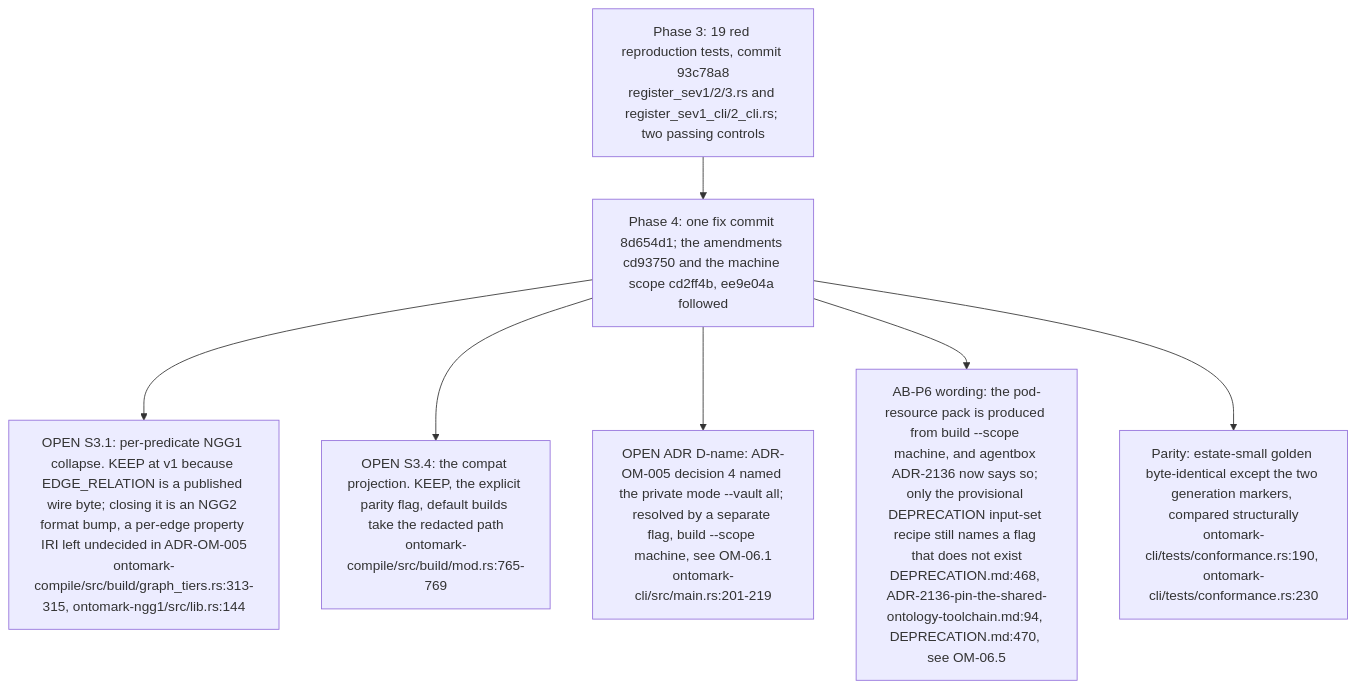
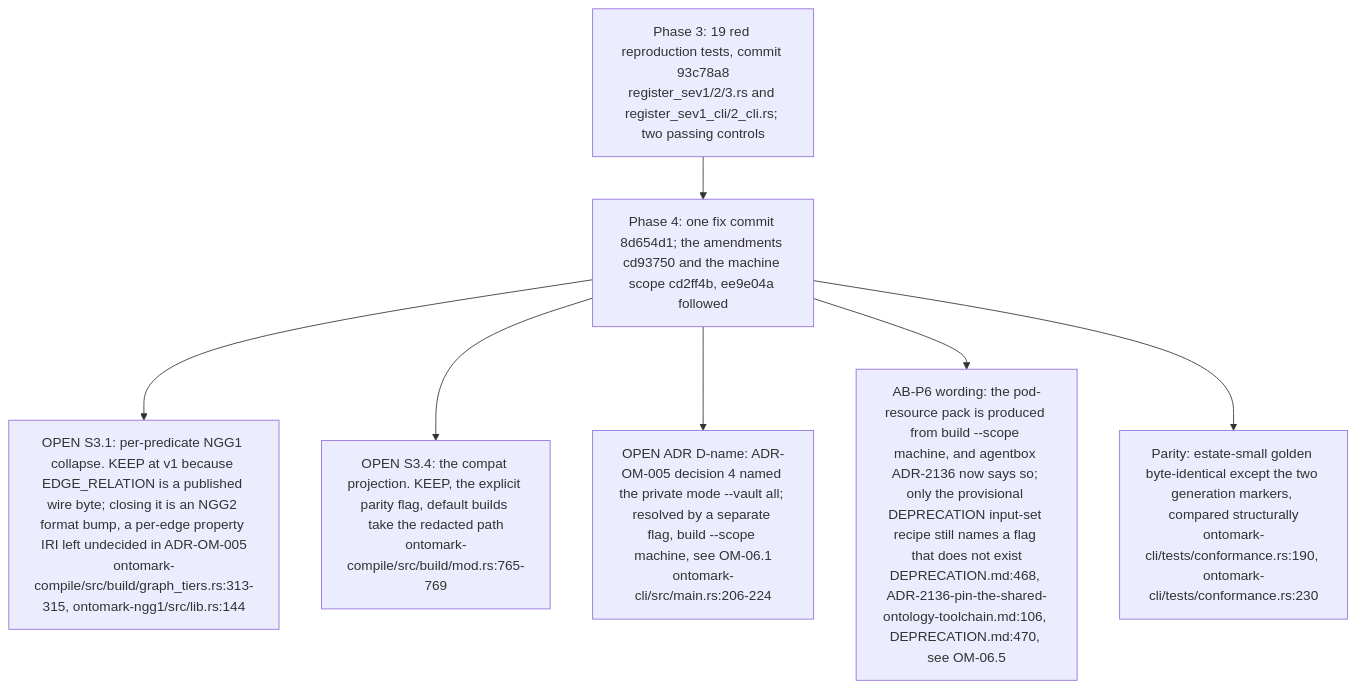
One commit to DreamLab-AI/VisionFlow changed the fifth of 5 diagrams in docs/diagrams/ontomark/00-anomaly-register-and-reconciliation.md. Above: the diagram before and after it, drawn with Mermaid. The commit also changed other lines of this file and 154 other files, not shown here.

First line of the commit message:
docs(diagrams): re-stamp 154 topics whose every citation still reads the same text at the current heads

````diff
--- a/docs/diagrams/ontomark/00-anomaly-register-and-reconciliation.md
+++ b/docs/diagrams/ontomark/00-anomaly-register-and-reconciliation.md
@@ -326,13 +326,13 @@
 ```mermaid
 flowchart TB
     PH3["Phase 3: 19 red reproduction tests, commit 93c78a8<br/>register_sev1/2/3.rs and register_sev1_cli/2_cli.rs; two passing controls"]
     PH4["Phase 4: one fix commit 8d654d1; the amendments cd93750 and the machine scope cd2ff4b, ee9e04a followed"]
     PH3 --> PH4
     OPEN1["OPEN S3.1: per-predicate NGG1 collapse. KEEP at v1 because EDGE_RELATION is a published wire byte; closing it is an NGG2 format bump, a per-edge property IRI left undecided in ADR-OM-005<br/>ontomark-compile/src/build/graph_tiers.rs:313-315, ontomark-ngg1/src/lib.rs:144"]
     OPEN2["OPEN S3.4: the compat projection. KEEP, the explicit parity flag, default builds take the redacted path<br/>ontomark-compile/src/build/mod.rs:765-769"]
-    OPEN3["OPEN ADR D-name: ADR-OM-005 decision 4 named the private mode --vault all; resolved by a separate flag, build --scope machine, see OM-06.1<br/>ontomark-cli/src/main.rs:201-219"]
-    OPEN4["AB-P6 wording: the pod-resource pack is produced from build --scope machine, and agentbox ADR-2136 now says so; only the provisional DEPRECATION input-set recipe still names a flag that does not exist<br/>DEPRECATION.md:468, ADR-2136-pin-the-shared-ontology-toolchain.md:94, DEPRECATION.md:470, see OM-06.5"]
+    OPEN3["OPEN ADR D-name: ADR-OM-005 decision 4 named the private mode --vault all; resolved by a separate flag, build --scope machine, see OM-06.1<br/>ontomark-cli/src/main.rs:206-224"]
+    OPEN4["AB-P6 wording: the pod-resource pack is produced from build --scope machine, and agentbox ADR-2136 now says so; only the provisional DEPRECATION input-set recipe still names a flag that does not exist<br/>DEPRECATION.md:468, ADR-2136-pin-the-shared-ontology-toolchain.md:106, DEPRECATION.md:470, see OM-06.5"]
     PH4 --> OPEN1 & OPEN2 & OPEN3 & OPEN4
     PAR["Parity: estate-small golden byte-identical except the two generation markers, compared structurally<br/>ontomark-cli/tests/conformance.rs:190, ontomark-cli/tests/conformance.rs:230"]
     PH4 --> PAR
 ```
````
